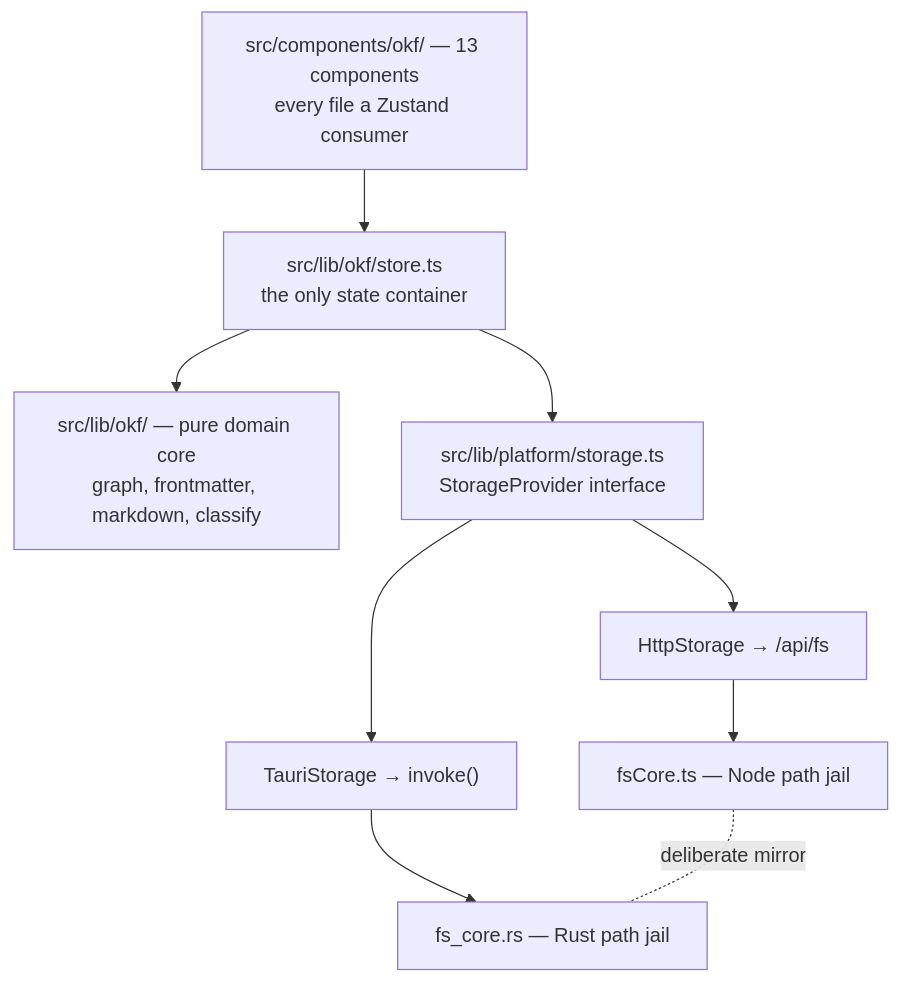
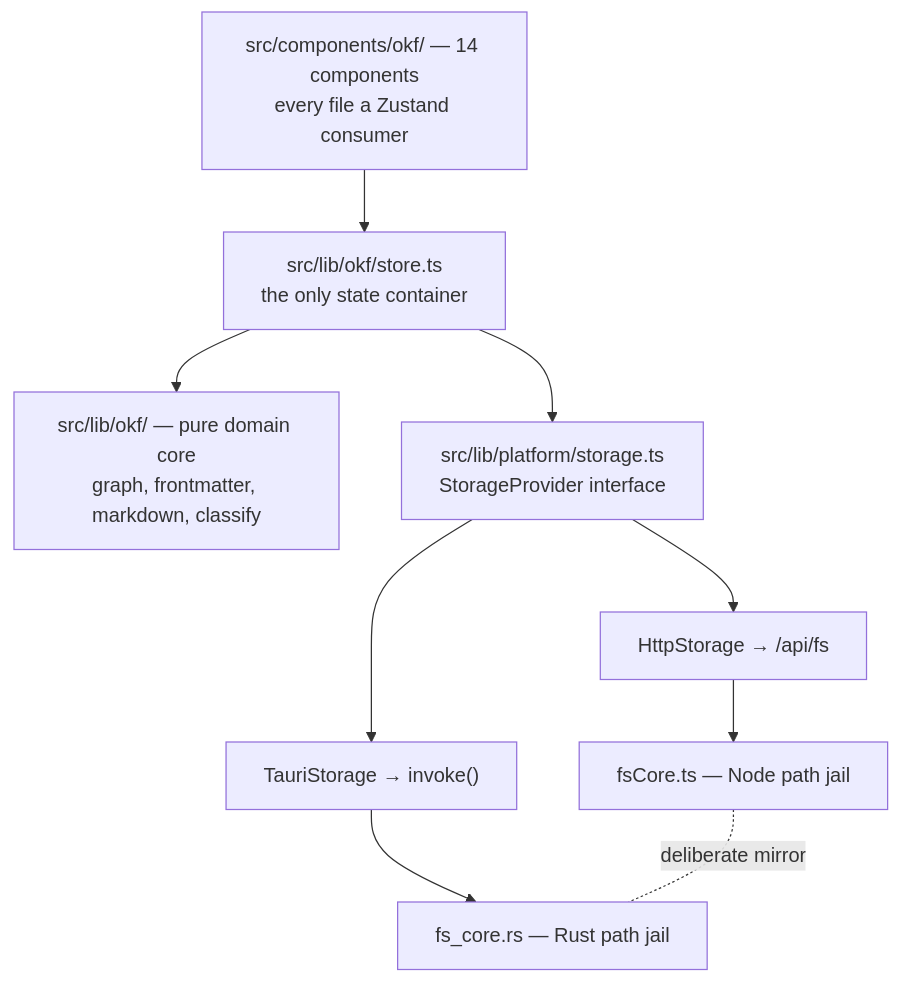
The diagram in docs/designs/current_design_doc.md (SpillwaveSolutions/okf-forge), drawn with Mermaid before and after one commit. The commit also changed other lines of this file and 13 other files, not shown here.

````diff
--- a/docs/designs/current_design_doc.md
+++ b/docs/designs/current_design_doc.md
@@ -67,20 +67,20 @@
 ```mermaid
 graph TD
-    UI["src/components/okf/ — 13 components<br/>every file a Zustand consumer"]
+    UI["src/components/okf/ — 14 components<br/>every file a Zustand consumer"]
     Store["src/lib/okf/store.ts<br/>the only state container"]
     Core["src/lib/okf/ — pure domain core<br/>graph, frontmatter, markdown, classify"]
     Storage["src/lib/platform/storage.ts<br/>StorageProvider interface"]
     Http["HttpStorage → /api/fs"]
     Tauri["TauriStorage → invoke()"]
     FsTs["fsCore.ts — Node path jail"]
     FsRs["fs_core.rs — Rust path jail"]
 
     UI --> Store
     Store --> Core
     Store --> Storage
     Storage --> Http
     Storage --> Tauri
     Http --> FsTs
     Tauri --> FsRs
     FsTs -. "deliberate mirror" .- FsRs
 ```
````
